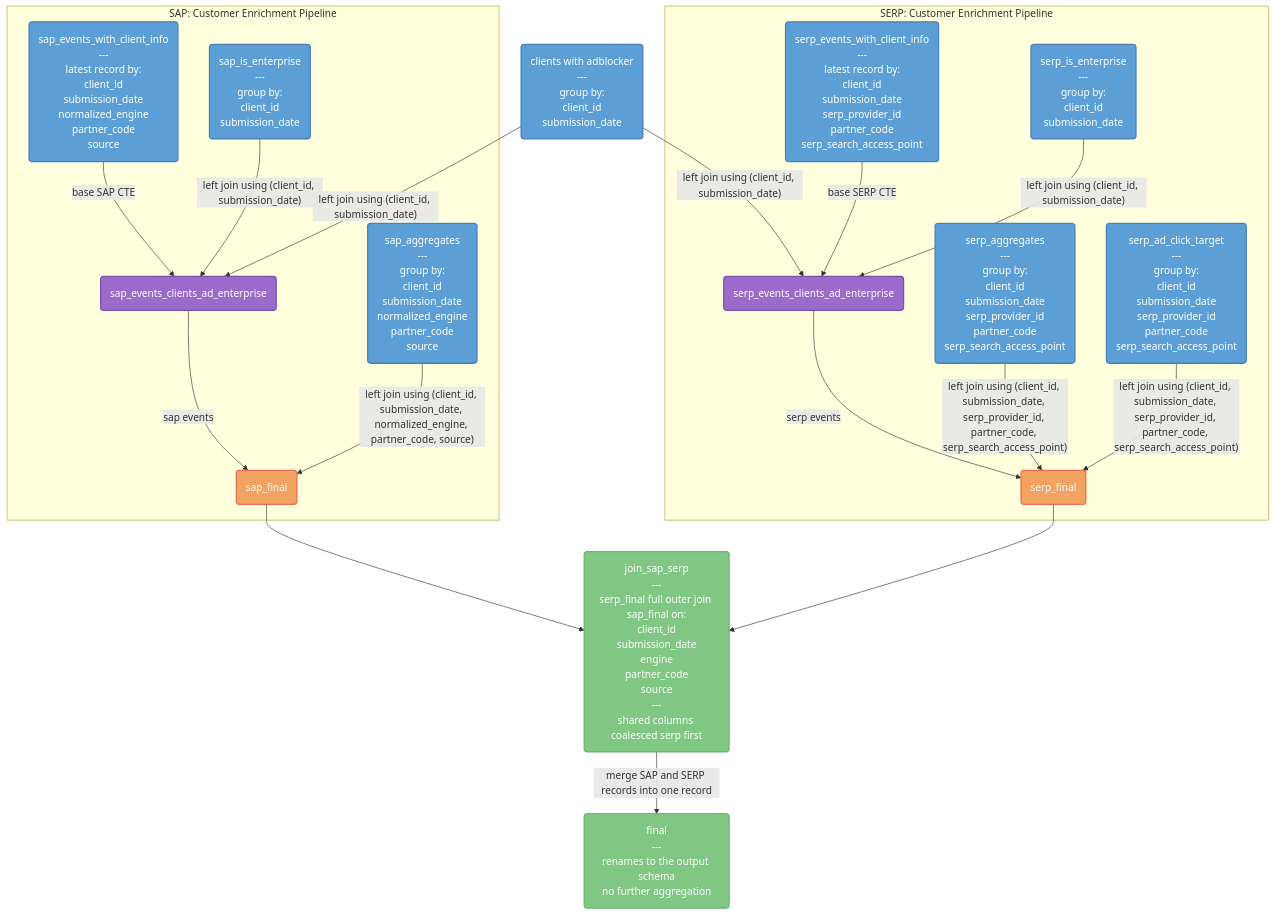
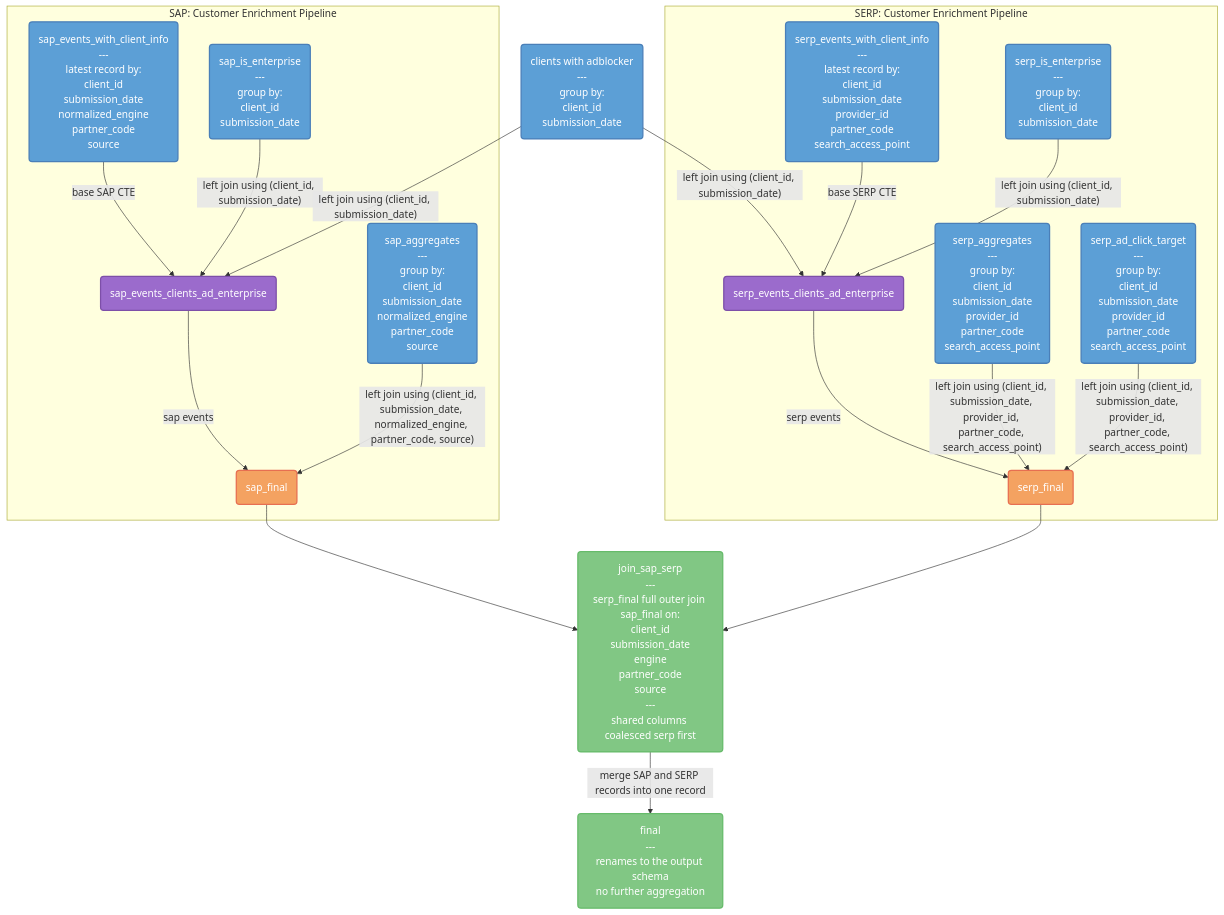
Before and after one commit to mozilla/bigquery-etl: the diagram in sql/moz-fx-data-shared-prod/search_derived/search_clients_daily_v9/README.md, drawn with Mermaid. The commit also changed other lines of this file and 6 other files, not shown here.

````diff
--- a/sql/moz-fx-data-shared-prod/search_derived/search_clients_daily_v9/README.md
+++ b/sql/moz-fx-data-shared-prod/search_derived/search_clients_daily_v9/README.md
@@ -9,78 +9,78 @@
 ```mermaid
 graph TD
     %% OTHER
     adblocker("clients with adblocker<br/>---<br/>group by:<br/>client_id<br/>submission_date")
 
     %% SAP
     subgraph SG1["SAP: Customer Enrichment Pipeline"]
     base_sap("sap_events_with_client_info<br/>---<br/>latest record by:<br/>client_id<br/>submission_date<br/>normalized_engine<br/>partner_code<br/>source")
 
     sap_enterprise("sap_is_enterprise<br/>---<br/>group by:<br/>client_id<br/>submission_date")
 
     sap_full_events("sap_events_clients_ad_enterprise")
 
     sap_agg("sap_aggregates<br/>---<br/>group by:<br/>client_id<br/>submission_date<br/>normalized_engine<br/>partner_code<br/>source")
 
     sap_final("sap_final")
 
     base_sap -->|"base SAP CTE"| sap_full_events
 
     sap_enterprise -->|"left join using (client_id, submission_date)"| sap_full_events
 
     sap_full_events -->|"sap events"| sap_final
 
     sap_agg -->|"left join using (client_id, submission_date, normalized_engine, partner_code, source)"| sap_final
     end
 
     adblocker -->|"left join using (client_id, submission_date)"| sap_full_events
     adblocker -->|"left join using (client_id, submission_date)"| serp_full_events
 
     %% SERP
     subgraph SG2["SERP: Customer Enrichment Pipeline"]
-    base_serp("serp_events_with_client_info<br/>---<br/>latest record by:<br/>client_id<br/>submission_date<br/>serp_provider_id<br/>partner_code<br/>serp_search_access_point")
+    base_serp("serp_events_with_client_info<br/>---<br/>latest record by:<br/>client_id<br/>submission_date<br/>provider_id<br/>partner_code<br/>search_access_point")
 
     serp_enterprise("serp_is_enterprise<br/>---<br/>group by:<br/>client_id<br/>submission_date")
 
     serp_full_events("serp_events_clients_ad_enterprise")
 
-    serp_agg("serp_aggregates<br/>---<br/>group by:<br/>client_id<br/>submission_date<br/>serp_provider_id<br/>partner_code<br/>serp_search_access_point")
+    serp_agg("serp_aggregates<br/>---<br/>group by:<br/>client_id<br/>submission_date<br/>provider_id<br/>partner_code<br/>search_access_point")
 
-    serp_ad_click("serp_ad_click_target<br/>---<br/>group by:<br/>client_id<br/>submission_date<br/>serp_provider_id<br/>partner_code<br/>serp_search_access_point")
+    serp_ad_click("serp_ad_click_target<br/>---<br/>group by:<br/>client_id<br/>submission_date<br/>provider_id<br/>partner_code<br/>search_access_point")
 
     serp_final("serp_final")
 
     base_serp -->|"base SERP CTE"| serp_full_events
 
     serp_enterprise -->|"left join using (client_id, submission_date)"| serp_full_events
 
     serp_full_events -->|"serp events"| serp_final
 
-    serp_agg -->|"left join using (client_id, submission_date, serp_provider_id, partner_code, serp_search_access_point)"| serp_final
+    serp_agg -->|"left join using (client_id, submission_date, provider_id, partner_code, search_access_point)"| serp_final
 
-    serp_ad_click -->|"left join using (client_id, submission_date, serp_provider_id, partner_code, serp_search_access_point)"| serp_final
+    serp_ad_click -->|"left join using (client_id, submission_date, provider_id, partner_code, search_access_point)"| serp_final
     end
 
     %% FINALS
 
     join_sap_serp("join_sap_serp<br/>---<br/>serp_final full outer join sap_final on:<br/>client_id<br/>submission_date<br/>engine<br/>partner_code<br/>source<br/>---<br/>shared columns coalesced serp first")
 
     final("final<br/>---<br/>renames to the output schema<br/>no further aggregation")
 
     sap_final --> join_sap_serp
 
     serp_final --> join_sap_serp
 
     join_sap_serp -->|"merge SAP and SERP records into one record"| final
 
     %% Styling to match dbt docs
     classDef cteStyle fill:#5c9fd6,stroke:#4a7fb8,stroke-width:2px,color:#fff
     classDef joinStyle fill:#9b6bcc,stroke:#7d4fa8,stroke-width:2px,color:#fff
     classDef intermediateStyle fill:#f4a261,stroke:#e76f51,stroke-width:2px,color:#fff
     classDef finalStyle fill:#81c784,stroke:#66bb6a,stroke-width:2px,color:#fff
 
 
     class base_sap,adblocker,sap_enterprise,base_serp,serp_enterprise,sap_agg,serp_agg,serp_ad_click cteStyle
     class sap_full_events,serp_full_events joinStyle
     class sap_final,serp_final intermediateStyle
     class join_sap_serp,final finalStyle
 ```
````
